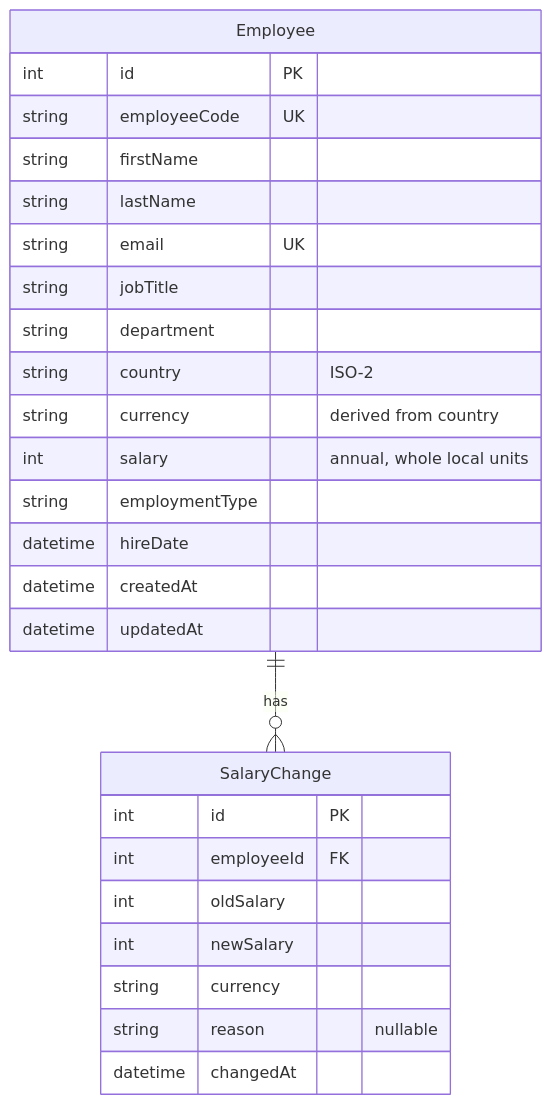
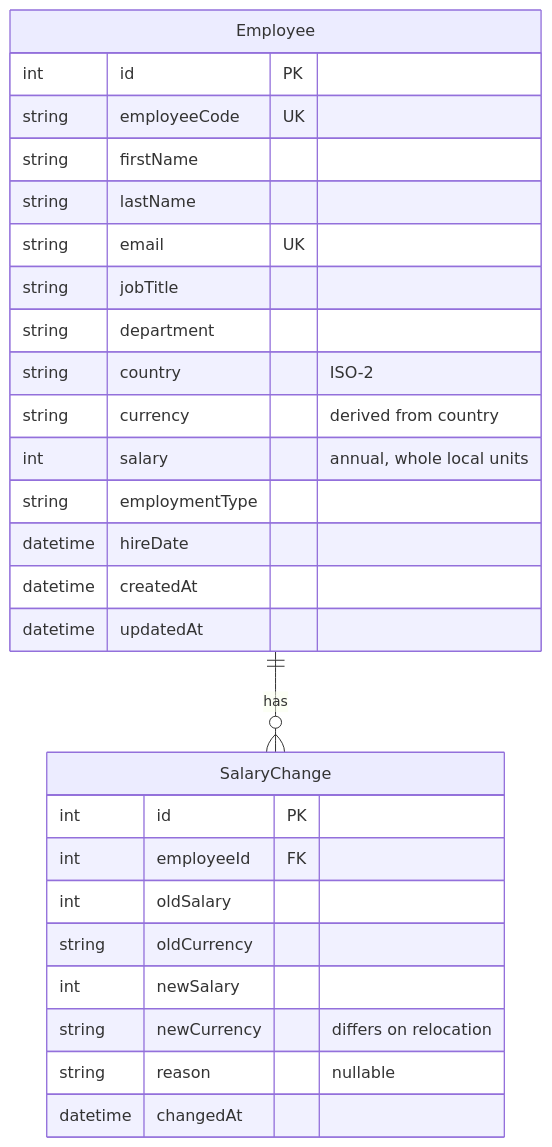
Before and after one commit to aryanjain21/salary-management: the third of 4 diagrams in docs/02-architecture.md, drawn with Mermaid. The commit also changed 12 other files, not shown here.

````diff
--- a/docs/02-architecture.md
+++ b/docs/02-architecture.md
@@ -40,29 +40,30 @@
 ```mermaid
 erDiagram
   Employee ||--o{ SalaryChange : has
   Employee {
     int id PK
     string employeeCode UK
     string firstName
     string lastName
     string email UK
     string jobTitle
     string department
     string country "ISO-2"
     string currency "derived from country"
     int salary "annual, whole local units"
     string employmentType
     datetime hireDate
     datetime createdAt
     datetime updatedAt
   }
   SalaryChange {
     int id PK
     int employeeId FK
     int oldSalary
+    string oldCurrency
     int newSalary
-    string currency
+    string newCurrency "differs on relocation"
     string reason "nullable"
     datetime changedAt
   }
 ```
````
